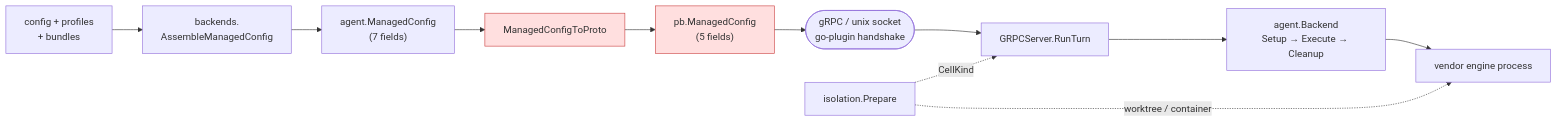
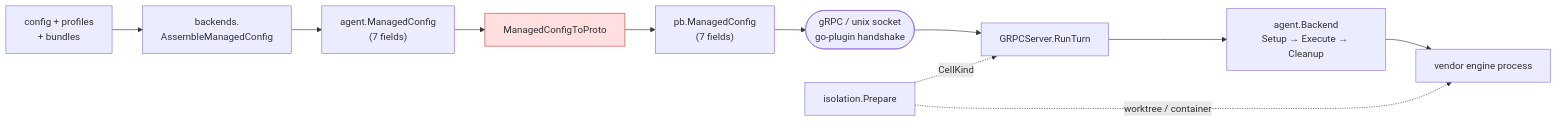
One commit to ctxloom/ctxloom changed the diagram in docs/architecture/engines/README.md. Above: the diagram before and after it, drawn with Mermaid. The commit also changed other lines of this file and 14 other files, not shown here.

````diff
--- a/docs/architecture/engines/README.md
+++ b/docs/architecture/engines/README.md
@@ -40,17 +40,16 @@
 ```mermaid
 flowchart LR
     CFG["config + profiles<br/>+ bundles"] --> ASM["backends.<br/>AssembleManagedConfig"]
     ASM --> MC["agent.ManagedConfig<br/>(7 fields)"]
     MC --> CONV["ManagedConfigToProto"]
-    CONV --> PB["pb.ManagedConfig<br/>(5 fields)"]
+    CONV --> PB["pb.ManagedConfig<br/>(7 fields)"]
     PB --> WIRE(["gRPC / unix socket<br/>go-plugin handshake"])
     WIRE --> SRV["GRPCServer.RunTurn"]
     SRV --> BE["agent.Backend<br/>Setup → Execute → Cleanup"]
     BE --> ENG["vendor engine process"]
 
     ISO["isolation.Prepare"] -.->|CellKind| SRV
     ISO -.->|worktree / container| ENG
 
     style CONV fill:#f884,stroke:#c44
-    style PB fill:#f884,stroke:#c44
 ```
````
